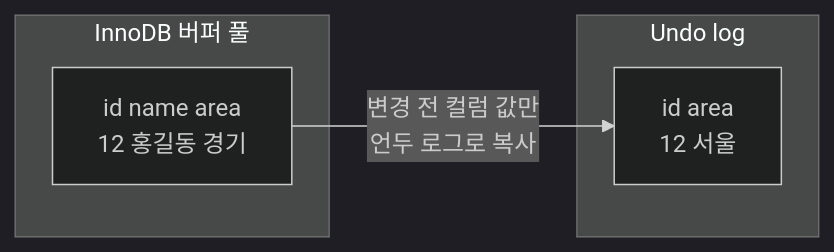
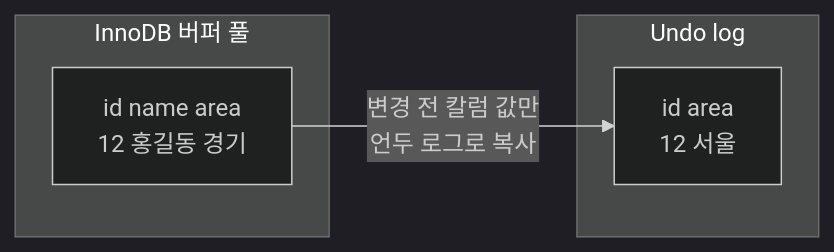
One commit to kyungrae/study changed the fifth of 8 diagrams in real-mysql-8.0/chapter04/readme.md. Above: the diagram before and after it, drawn with Mermaid (dark theme). The commit also changed 5 other files, not shown here.

````diff
--- a/real-mysql-8.0/chapter04/readme.md
+++ b/real-mysql-8.0/chapter04/readme.md
@@ -148,10 +148,10 @@
 ```mermaid
 flowchart LR
   subgraph InnoDB["InnoDB 버퍼 풀"]
     data1["id name area\n12 홍길동 경기"]
   end
   subgraph Undo["Undo log"]
     data2["id area\n12 서울"]
-  data1 --변경 전 컬럼 값만\n언두 로그로 복사--> data2
+  data1 --변경 전 칼럼 값만\n언두 로그로 복사--> data2
   end
 ```
````
